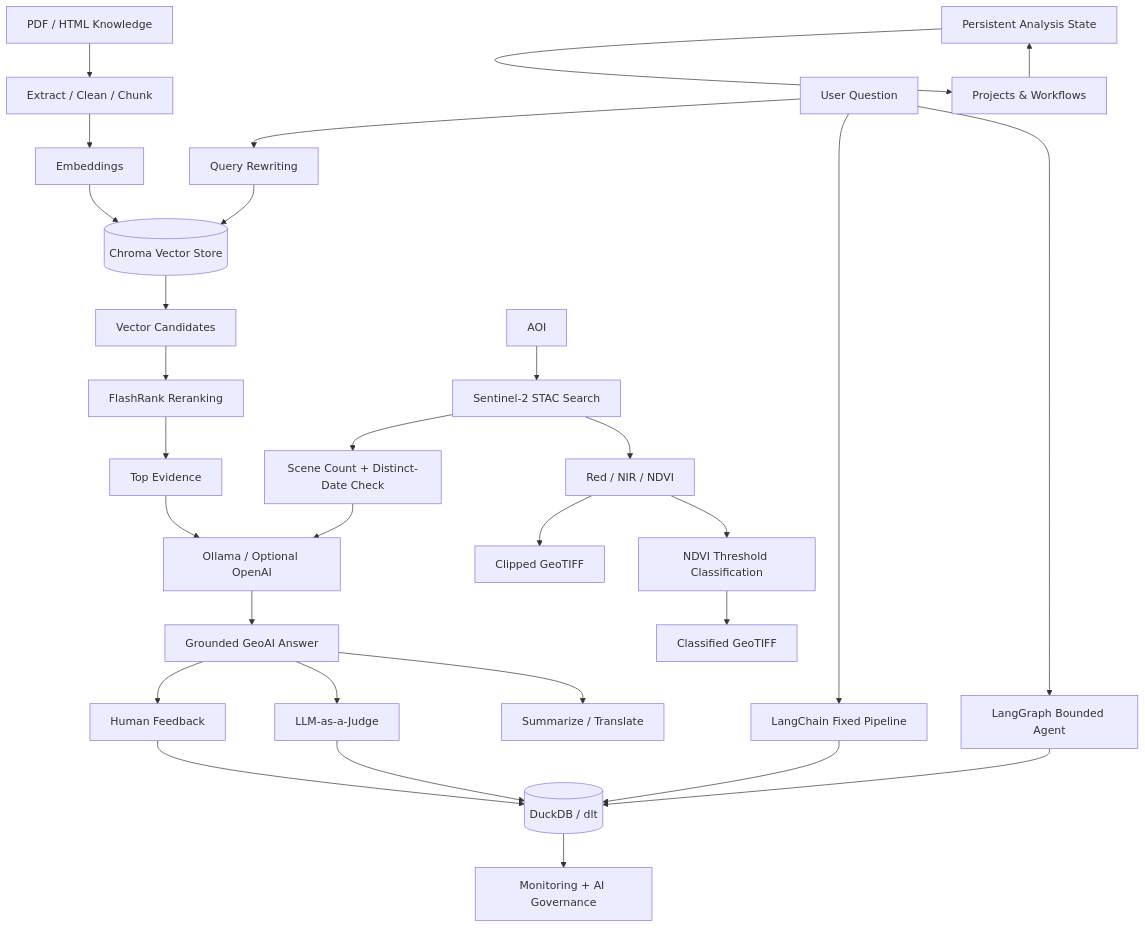
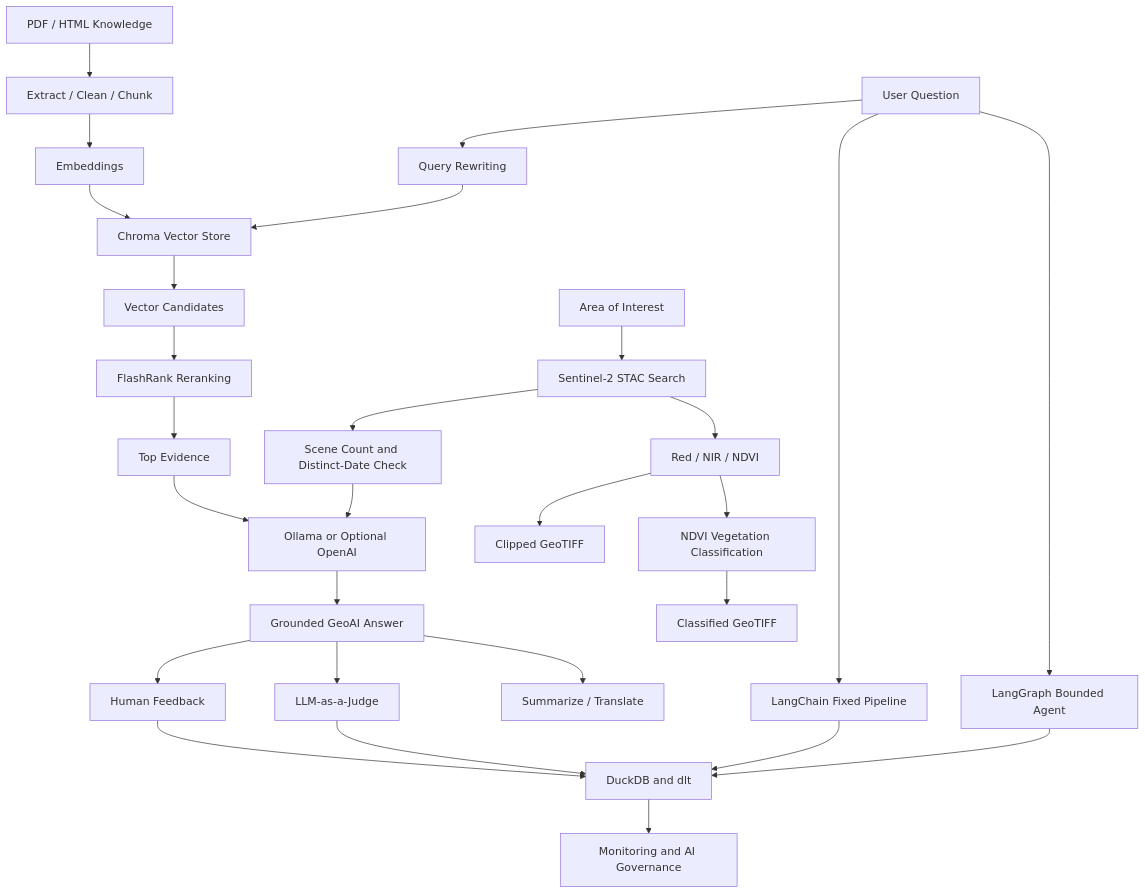
One commit to hanaahammad/geoscope-agent changed the diagram in README.md. Above: the diagram before and after it, drawn with Mermaid.

Commit message:
Finalize GeoScope Agent capstone

````diff
--- a/README.md
+++ b/README.md
@@ -125,40 +125,39 @@
 ```mermaid
 flowchart TD
-    A[PDF / HTML Knowledge] --> B[Extract / Clean / Chunk]
-    B --> C[Embeddings]
-    C --> D[(Chroma Vector Store)]
 
-    Q[User Question] --> R[Query Rewriting]
+    A["PDF / HTML Knowledge"] --> B["Extract / Clean / Chunk"]
+    B --> C["Embeddings"]
+    C --> D["Chroma Vector Store"]
+
+    Q["User Question"] --> R["Query Rewriting"]
     R --> D
-    D --> V[Vector Candidates]
-    V --> F[FlashRank Reranking]
-    F --> G[Top Evidence]
+    D --> V["Vector Candidates"]
+    V --> F["FlashRank Reranking"]
+    F --> G["Top Evidence"]
 
-    AOI[AOI] --> STAC[Sentinel-2 STAC Search]
-    STAC --> DATE[Scene Count + Distinct-Date Check]
+    AOI["Area of Interest"] --> STAC["Sentinel-2 STAC Search"]
+    STAC --> DATE["Scene Count and Distinct-Date Check"]
 
-    G --> LLM[Ollama / Optional OpenAI]
+    G --> LLM["Ollama or Optional OpenAI"]
     DATE --> LLM
-    LLM --> ANSWER[Grounded GeoAI Answer]
+    LLM --> ANSWER["Grounded GeoAI Answer"]
 
-    ANSWER --> FB[Human Feedback]
-    ANSWER --> JUDGE[LLM-as-a-Judge]
-    ANSWER --> TRANS[Summarize / Translate]
+    ANSWER --> FB["Human Feedback"]
+    ANSWER --> JUDGE["LLM-as-a-Judge"]
+    ANSWER --> TRANS["Summarize / Translate"]
 
-    FB --> LOG[(DuckDB / dlt)]
+    FB --> LOG["DuckDB and dlt"]
     JUDGE --> LOG
-    LOG --> MON[Monitoring + AI Governance]
+    LOG --> MON["Monitoring and AI Governance"]
 
-    STAC --> RASTER[Red / NIR / NDVI]
-    RASTER --> TIFF[Clipped GeoTIFF]
-    RASTER --> CLASS[NDVI Threshold Classification]
-    CLASS --> CTIFF[Classified GeoTIFF]
+    STAC --> RASTER["Red / NIR / NDVI"]
+    RASTER --> TIFF["Clipped GeoTIFF"]
+    RASTER --> CLASS["NDVI Vegetation Classification"]
+    CLASS --> CTIFF["Classified GeoTIFF"]
 
-    STATE[Persistent Analysis State] --> WF[Projects & Workflows]
-    WF --> STATE
+    Q --> LC["LangChain Fixed Pipeline"]
+    Q --> LG["LangGraph Bounded Agent"]
 
-    Q --> LC[LangChain Fixed Pipeline]
-    Q --> LG[LangGraph Bounded Agent]
     LC --> LOG
     LG --> LOG
 ```
````
